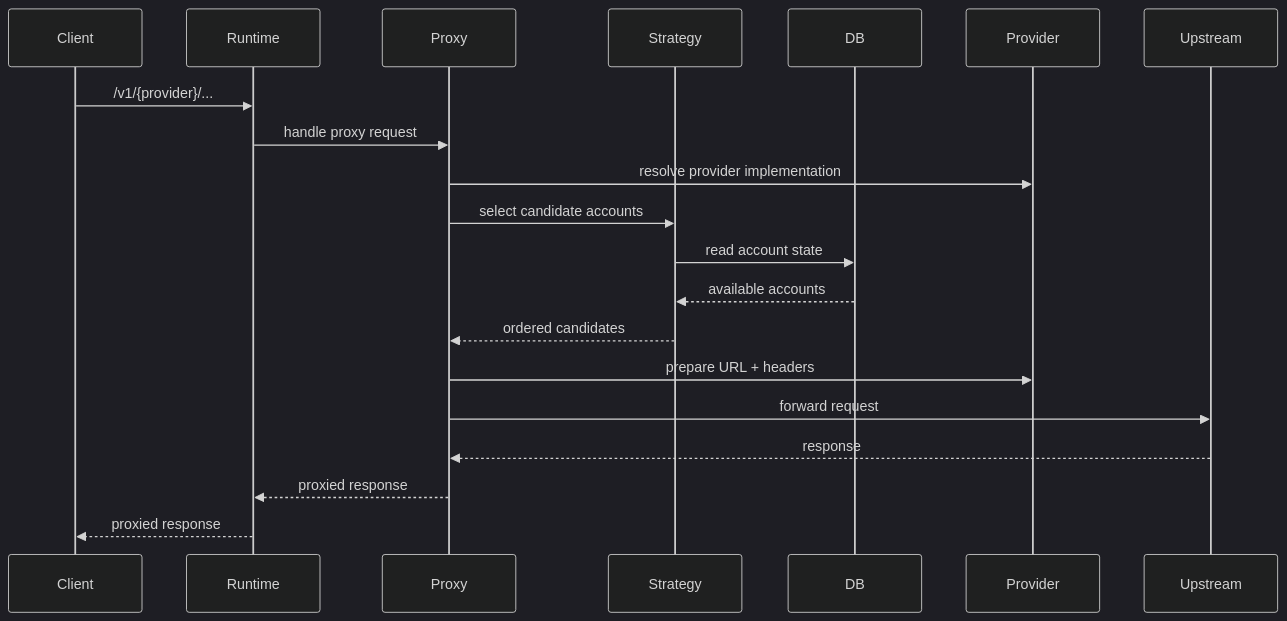
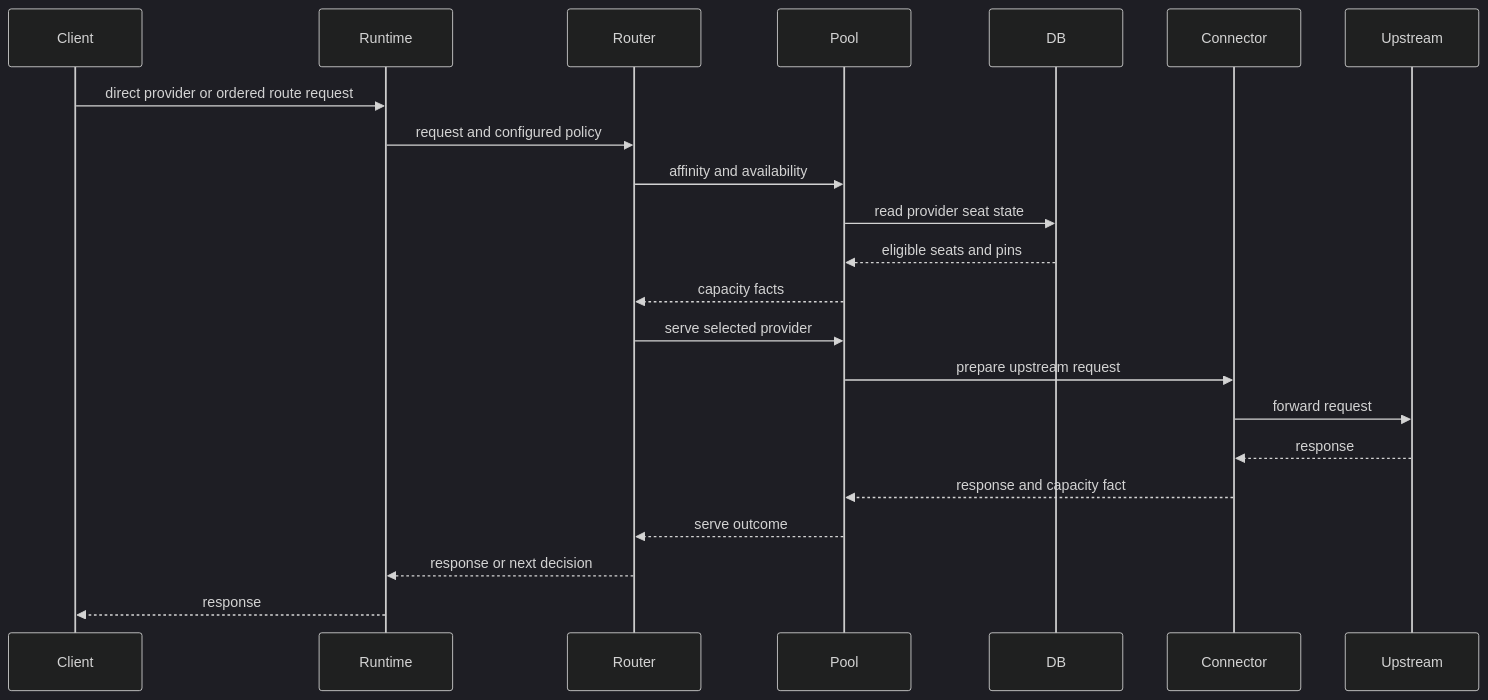
One commit to certalis/agent-smith changed the second of 6 diagrams in docs/data-flow.md. Above: the diagram before and after it, drawn with Mermaid (dark theme). The commit also changed other lines of this file and 8 other files, not shown here.

First line of the commit message:
docs: describe the Pool and Router split; release 0.2.0 (#34)

````diff
--- a/docs/data-flow.md
+++ b/docs/data-flow.md
@@ -84,23 +98,25 @@
 ```mermaid
 sequenceDiagram
     participant Client
     participant Runtime
-    participant Proxy
-    participant Strategy
+    participant Router
+    participant Pool
     participant DB
-    participant Provider
+    participant Connector
     participant Upstream
 
-    Client->>Runtime: /v1/{provider}/...
-    Runtime->>Proxy: handle proxy request
-    Proxy->>Provider: resolve provider implementation
-    Proxy->>Strategy: select candidate accounts
-    Strategy->>DB: read account state
-    DB-->>Strategy: available accounts
-    Strategy-->>Proxy: ordered candidates
-    Proxy->>Provider: prepare URL + headers
-    Proxy->>Upstream: forward request
-    Upstream-->>Proxy: response
-    Proxy-->>Runtime: proxied response
-    Runtime-->>Client: proxied response
+    Client->>Runtime: direct provider or ordered route request
+    Runtime->>Router: request and configured policy
+    Router->>Pool: affinity and availability
+    Pool->>DB: read provider seat state
+    DB-->>Pool: eligible seats and pins
+    Pool-->>Router: capacity facts
+    Router->>Pool: serve selected provider
+    Pool->>Connector: prepare upstream request
+    Connector->>Upstream: forward request
+    Upstream-->>Connector: response
+    Connector-->>Pool: response and capacity fact
+    Pool-->>Router: serve outcome
+    Router-->>Runtime: response or next decision
+    Runtime-->>Client: response
 ```
````
